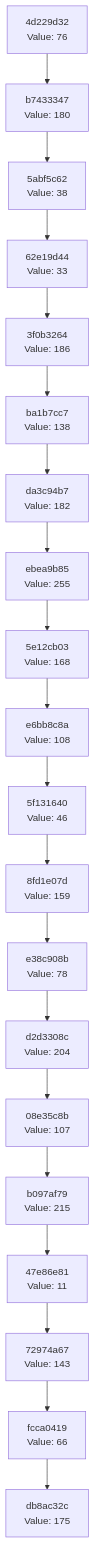
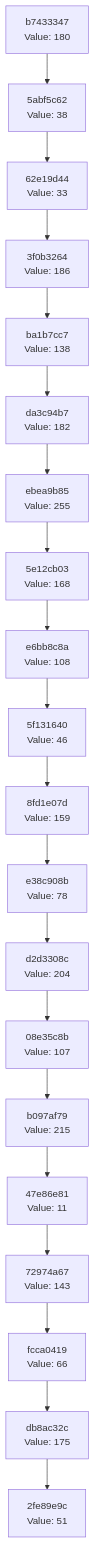
One commit to Abhisheksinha1506/hash-chain-evolver changed the diagram in docs/CHAIN_VISUALIZATION.md. Above: the diagram before and after it, drawn with Mermaid. The commit also changed 2 other files, not shown here.

Commit message:
Evolution step: hash 0x33 → action executed

````diff
--- a/docs/CHAIN_VISUALIZATION.md
+++ b/docs/CHAIN_VISUALIZATION.md
@@ -3,42 +3,42 @@
 ```mermaid
 graph TD
-    C0["db8ac32c<br/>Value: 175"]
-    C1["fcca0419<br/>Value: 66"]
+    C0["2fe89e9c<br/>Value: 51"]
+    C1["db8ac32c<br/>Value: 175"]
     C1 --> C0
-    C2["72974a67<br/>Value: 143"]
+    C2["fcca0419<br/>Value: 66"]
     C2 --> C1
-    C3["47e86e81<br/>Value: 11"]
+    C3["72974a67<br/>Value: 143"]
     C3 --> C2
-    C4["b097af79<br/>Value: 215"]
+    C4["47e86e81<br/>Value: 11"]
     C4 --> C3
-    C5["08e35c8b<br/>Value: 107"]
+    C5["b097af79<br/>Value: 215"]
     C5 --> C4
-    C6["d2d3308c<br/>Value: 204"]
+    C6["08e35c8b<br/>Value: 107"]
     C6 --> C5
-    C7["e38c908b<br/>Value: 78"]
+    C7["d2d3308c<br/>Value: 204"]
     C7 --> C6
-    C8["8fd1e07d<br/>Value: 159"]
+    C8["e38c908b<br/>Value: 78"]
     C8 --> C7
-    C9["5f131640<br/>Value: 46"]
+    C9["8fd1e07d<br/>Value: 159"]
     C9 --> C8
-    C10["e6bb8c8a<br/>Value: 108"]
+    C10["5f131640<br/>Value: 46"]
     C10 --> C9
-    C11["5e12cb03<br/>Value: 168"]
+    C11["e6bb8c8a<br/>Value: 108"]
     C11 --> C10
-    C12["ebea9b85<br/>Value: 255"]
+    C12["5e12cb03<br/>Value: 168"]
     C12 --> C11
-    C13["da3c94b7<br/>Value: 182"]
+    C13["ebea9b85<br/>Value: 255"]
     C13 --> C12
-    C14["ba1b7cc7<br/>Value: 138"]
+    C14["da3c94b7<br/>Value: 182"]
     C14 --> C13
-    C15["3f0b3264<br/>Value: 186"]
+    C15["ba1b7cc7<br/>Value: 138"]
     C15 --> C14
-    C16["62e19d44<br/>Value: 33"]
+    C16["3f0b3264<br/>Value: 186"]
     C16 --> C15
-    C17["5abf5c62<br/>Value: 38"]
+    C17["62e19d44<br/>Value: 33"]
     C17 --> C16
-    C18["b7433347<br/>Value: 180"]
+    C18["5abf5c62<br/>Value: 38"]
     C18 --> C17
-    C19["4d229d32<br/>Value: 76"]
+    C19["b7433347<br/>Value: 180"]
     C19 --> C18
 ```
````
